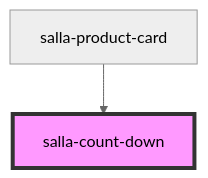
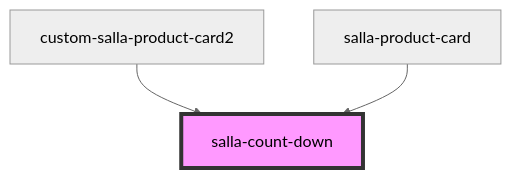
The diagram in src/components/salla-count-down/readme.md (Almo7aya/twilight-components_test), drawn with Mermaid (neutral theme) before and after one commit. The commit also changed other lines of this file and 11 other files, not shown here.

````diff
--- a/src/components/salla-count-down/readme.md
+++ b/src/components/salla-count-down/readme.md
@@ -42,5 +43,6 @@
 ```mermaid
 graph TD;
+  custom-salla-product-card2 --> salla-count-down
   salla-product-card --> salla-count-down
   style salla-count-down fill:#f9f,stroke:#333,stroke-width:4px
 ```
````
